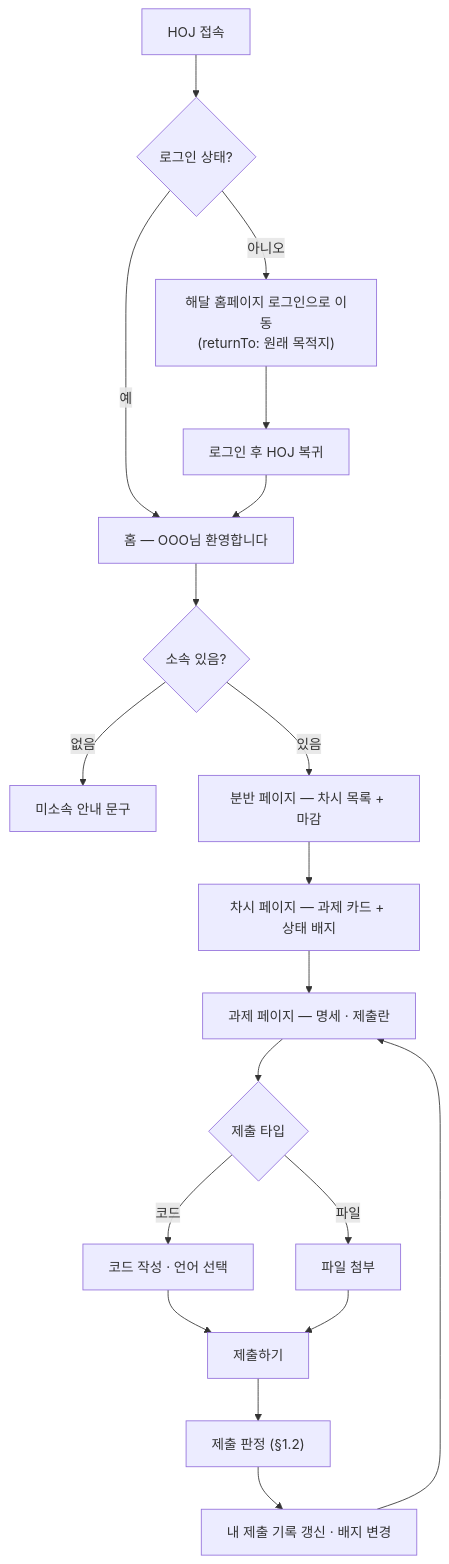
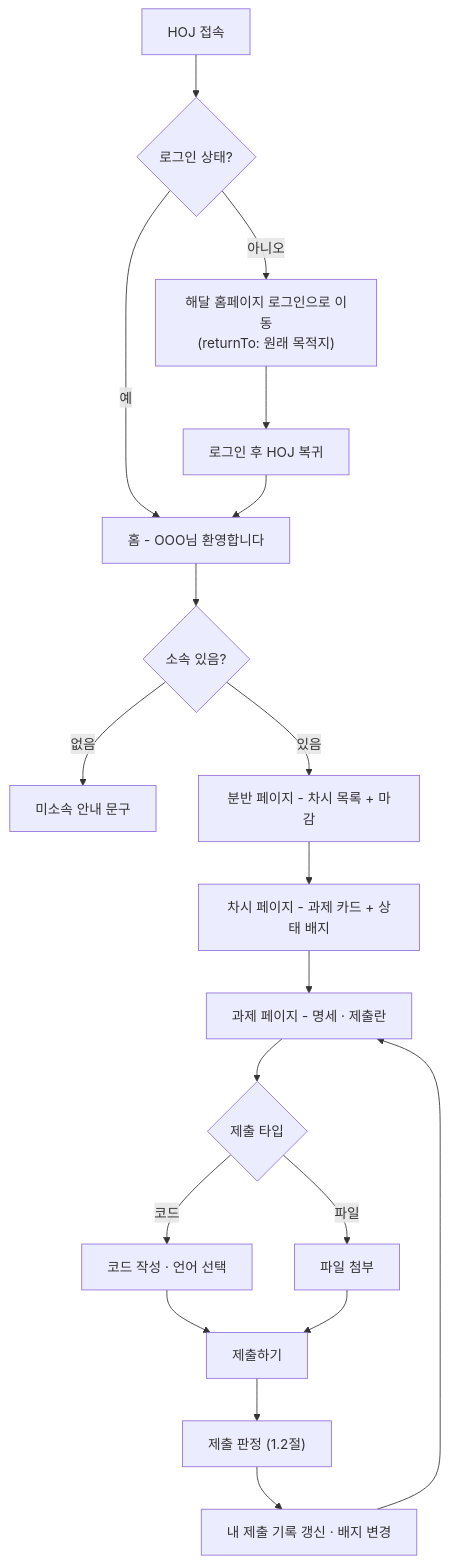
The first of 3 diagrams in docs/flows-and-usecases.md (KNU-HAEDAL-Website-v3/haedal-online-judge-docs), drawn with Mermaid before and after one commit. The commit also changed other lines of this file and 15 other files, not shown here.

````diff
--- a/docs/flows-and-usecases.md
+++ b/docs/flows-and-usecases.md
@@ -21,21 +21,21 @@
 ```mermaid
 flowchart TD
     A["HOJ 접속"] --> B{"로그인 상태?"}
     B -->|아니오| C["해달 홈페이지 로그인으로 이동\n(returnTo: 원래 목적지)"]
     C --> D["로그인 후 HOJ 복귀"]
-    B -->|예| E["홈 — OOO님 환영합니다"]
+    B -->|예| E["홈 - OOO님 환영합니다"]
     D --> E
     E --> F{"소속 있음?"}
     F -->|없음| G["미소속 안내 문구"]
-    F -->|있음| H["분반 페이지 — 차시 목록 + 마감"]
-    H --> I["차시 페이지 — 과제 카드 + 상태 배지"]
-    I --> J["과제 페이지 — 명세 · 제출란"]
+    F -->|있음| H["분반 페이지 - 차시 목록 + 마감"]
+    H --> I["차시 페이지 - 과제 카드 + 상태 배지"]
+    I --> J["과제 페이지 - 명세 · 제출란"]
     J --> K{"제출 타입"}
     K -->|코드| L["코드 작성 · 언어 선택"]
     K -->|파일| M["파일 첨부"]
     L --> N["제출하기"]
     M --> N
-    N --> O["제출 판정 (§1.2)"]
+    N --> O["제출 판정 (1.2절)"]
     O --> P["내 제출 기록 갱신 · 배지 변경"]
     P --> J
 ```
````
